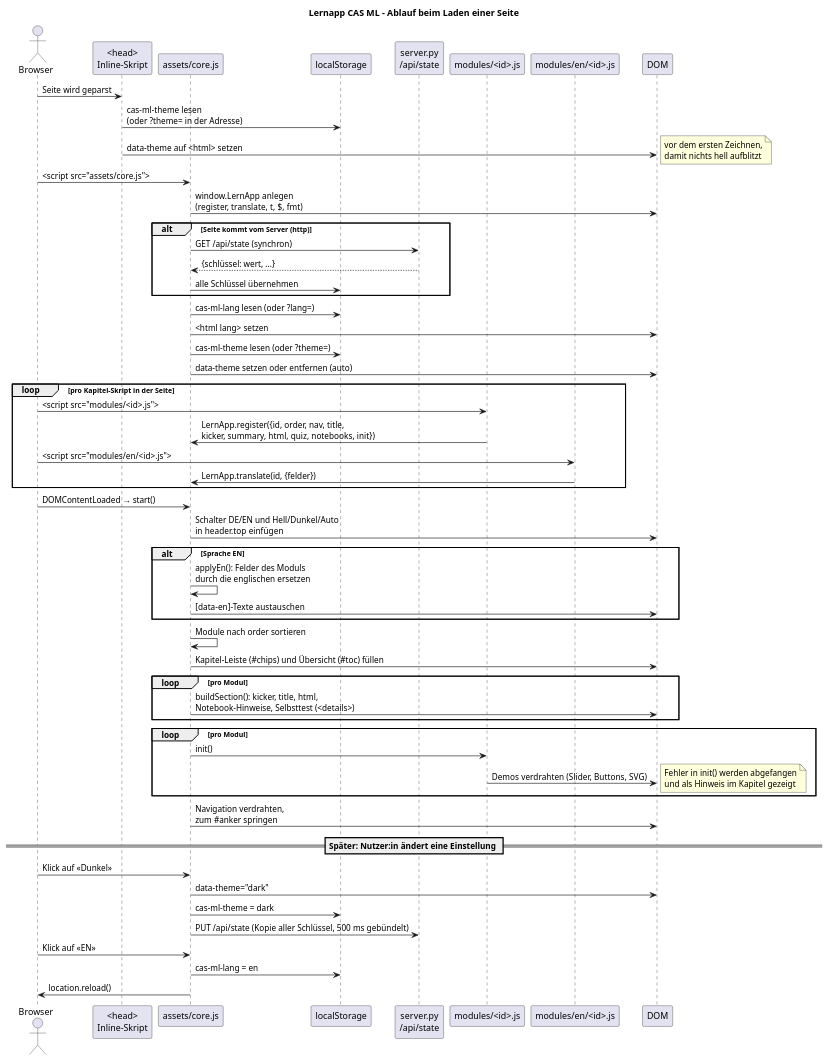
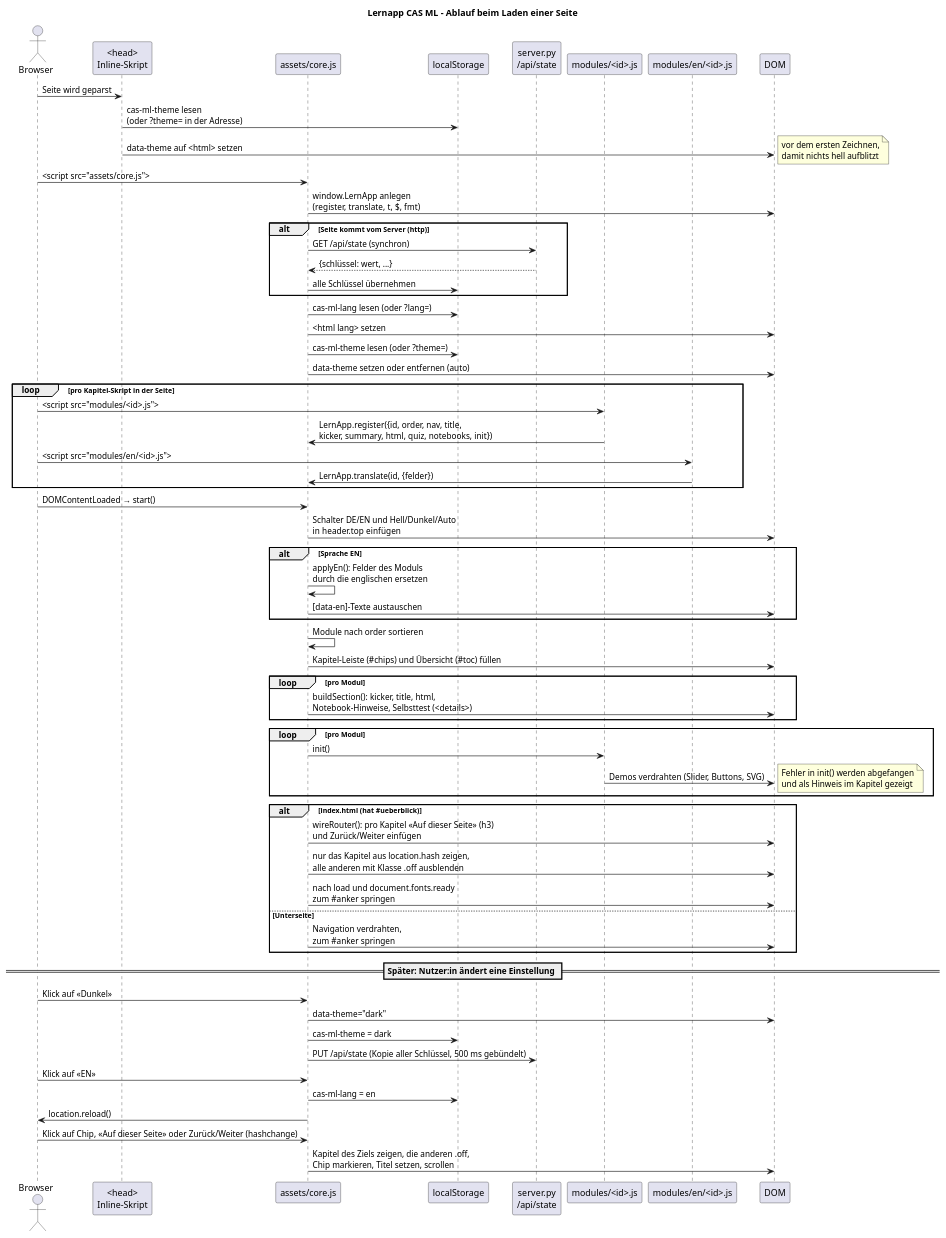
Before and after one commit to rotscher-baumi/lernapp-cas-ml: the diagram in docs/page-load-sequence.puml, drawn with PlantUML. The commit also changed 6 other files, not shown here.

First line of the commit message:
Hauptseite: ein Kapitel aufs Mal, mit «Auf dieser Seite» und Zurück/Weiter

```diff
--- a/docs/page-load-sequence.puml
+++ b/docs/page-load-sequence.puml
@@ -1,66 +1,74 @@
 @startuml page-load-sequence
 ' Ablauf beim Laden einer Seite: vom ersten Skript bis zu den fertigen Kapiteln.
 ' Stand 2026-11-01.
 title Lernapp CAS ML – Ablauf beim Laden einer Seite
 
 actor "Browser" as b
 participant "<head>\nInline-Skript" as head
 participant "assets/core.js" as core
 participant "localStorage" as ls
 participant "server.py\n/api/state" as srv
 participant "modules/<id>.js" as mod
 participant "modules/en/<id>.js" as en
 participant "DOM" as dom
 
 b -> head : Seite wird geparst
 head -> ls : cas-ml-theme lesen\n(oder ?theme= in der Adresse)
 head -> dom : data-theme auf <html> setzen
 note right : vor dem ersten Zeichnen,\ndamit nichts hell aufblitzt
 
 b -> core : <script src="assets/core.js">
 core -> dom : window.LernApp anlegen\n(register, translate, t, $, fmt)
 alt Seite kommt vom Server (http)
   core -> srv : GET /api/state (synchron)
   srv --> core : {schlüssel: wert, ...}
   core -> ls : alle Schlüssel übernehmen
 end
 core -> ls : cas-ml-lang lesen (oder ?lang=)
 core -> dom : <html lang> setzen
 core -> ls : cas-ml-theme lesen (oder ?theme=)
 core -> dom : data-theme setzen oder entfernen (auto)
 
 loop pro Kapitel-Skript in der Seite
   b -> mod : <script src="modules/<id>.js">
   mod -> core : LernApp.register({id, order, nav, title,\nkicker, summary, html, quiz, notebooks, init})
   b -> en : <script src="modules/en/<id>.js">
   en -> core : LernApp.translate(id, {felder})
 end
 
 b -> core : DOMContentLoaded → start()
 core -> dom : Schalter DE/EN und Hell/Dunkel/Auto\nin header.top einfügen
 alt Sprache EN
   core -> core : applyEn(): Felder des Moduls\ndurch die englischen ersetzen
   core -> dom : [data-en]-Texte austauschen
 end
 core -> core : Module nach order sortieren
 core -> dom : Kapitel-Leiste (#chips) und Übersicht (#toc) füllen
 loop pro Modul
   core -> dom : buildSection(): kicker, title, html,\nNotebook-Hinweise, Selbsttest (<details>)
 end
 loop pro Modul
   core -> mod : init()
   mod -> dom : Demos verdrahten (Slider, Buttons, SVG)
   note right : Fehler in init() werden abgefangen\nund als Hinweis im Kapitel gezeigt
 end
-core -> dom : Navigation verdrahten,\nzum #anker springen
+alt index.html (hat #ueberblick)
+  core -> dom : wireRouter(): pro Kapitel «Auf dieser Seite» (h3)\nund Zurück/Weiter einfügen
+  core -> dom : nur das Kapitel aus location.hash zeigen,\nalle anderen mit Klasse .off ausblenden
+  core -> dom : nach load und document.fonts.ready\nzum #anker springen
+else Unterseite
+  core -> dom : Navigation verdrahten,\nzum #anker springen
+end
 
 == Später: Nutzer:in ändert eine Einstellung ==
 b -> core : Klick auf «Dunkel»
 core -> dom : data-theme="dark"
 core -> ls : cas-ml-theme = dark
 core -> srv : PUT /api/state (Kopie aller Schlüssel, 500 ms gebündelt)
 b -> core : Klick auf «EN»
 core -> ls : cas-ml-lang = en
 core -> b : location.reload()
+b -> core : Klick auf Chip, «Auf dieser Seite» oder Zurück/Weiter (hashchange)
+core -> dom : Kapitel des Ziels zeigen, die anderen .off,\nChip markieren, Titel setzen, scrollen
 
 @enduml
```
